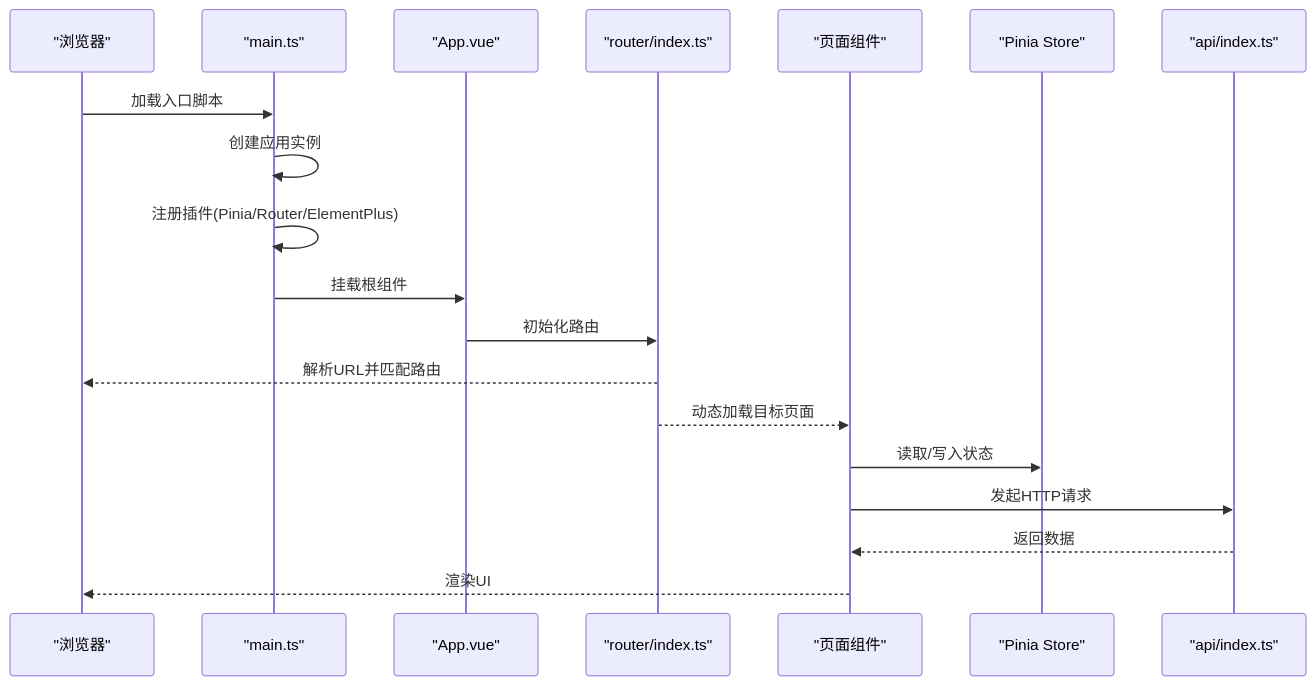
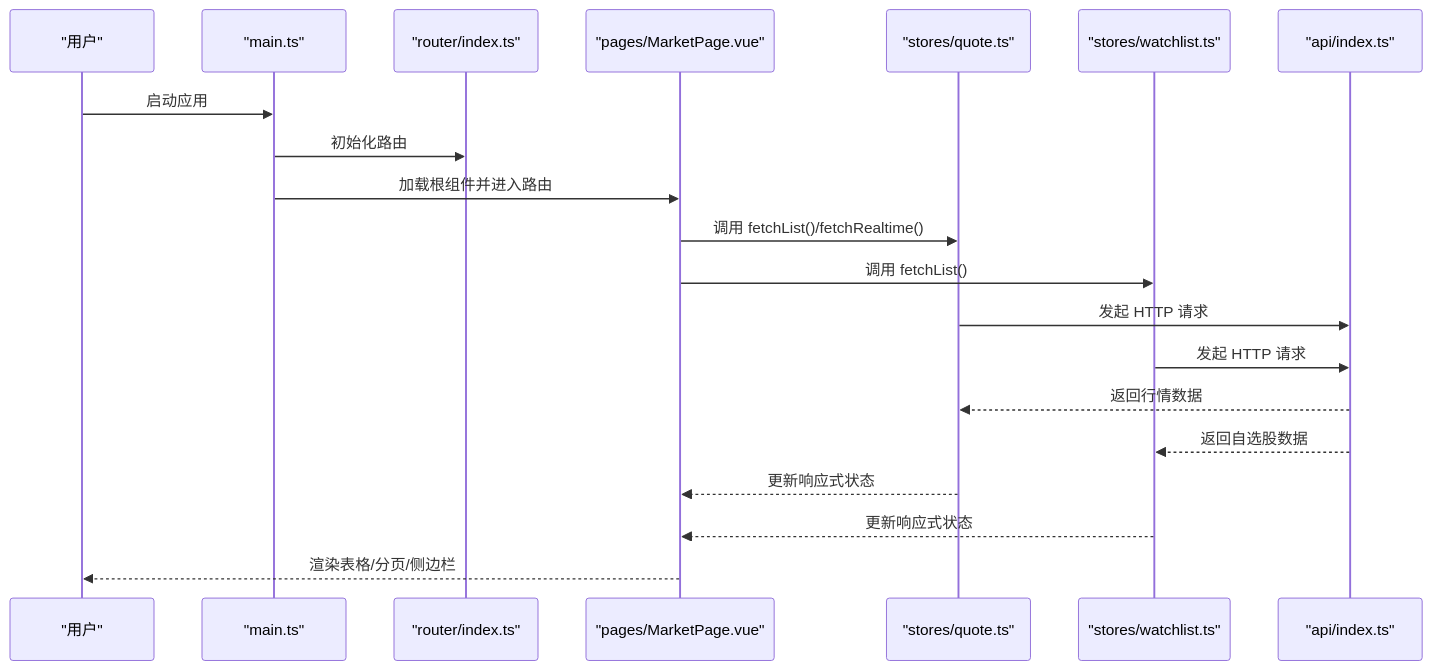
Before and after one commit to We3le7/stock-view: the second of 5 diagrams in .qoder/repowiki/zh/content/前端开发/Vue应用架构.md, drawn with Mermaid. The commit also changed other lines of this file and 142 other files, not shown here.

````diff
--- a/.qoder/repowiki/zh/content/前端开发/Vue应用架构.md
+++ b/.qoder/repowiki/zh/content/前端开发/Vue应用架构.md
@@ -113,21 +117,22 @@
 ```mermaid
 sequenceDiagram
-participant Browser as "浏览器"
-participant Main as "main.ts"
-participant App as "App.vue"
-participant Router as "router/index.ts"
-participant Page as "页面组件"
-participant Store as "Pinia Store"
-participant API as "api/index.ts"
-Browser->>Main : 加载入口脚本
-Main->>Main : 创建应用实例
-Main->>Main : 注册插件(Pinia/Router/ElementPlus)
-Main->>App : 挂载根组件
-App->>Router : 初始化路由
-Router-->>Browser : 解析URL并匹配路由
-Router-->>Page : 动态加载目标页面
-Page->>Store : 读取/写入状态
-Page->>API : 发起HTTP请求
-API-->>Page : 返回数据
-Page-->>Browser : 渲染UI
+participant U as "用户"
+participant M as "main.ts"
+participant R as "router/index.ts"
+participant P as "pages/MarketPage.vue"
+participant S1 as "stores/quote.ts"
+participant S2 as "stores/watchlist.ts"
+participant A as "api/index.ts"
+U->>M : 启动应用
+M->>R : 初始化路由
+M->>P : 加载根组件并进入路由
+P->>S1 : 调用 fetchList()/fetchRealtime()
+P->>S2 : 调用 fetchList()
+S1->>A : 发起 HTTP 请求
+S2->>A : 发起 HTTP 请求
+A-->>S1 : 返回行情数据
+A-->>S2 : 返回自选股数据
+S1-->>P : 更新响应式状态
+S2-->>P : 更新响应式状态
+P-->>U : 渲染表格/分页/侧边栏
 ```
````
